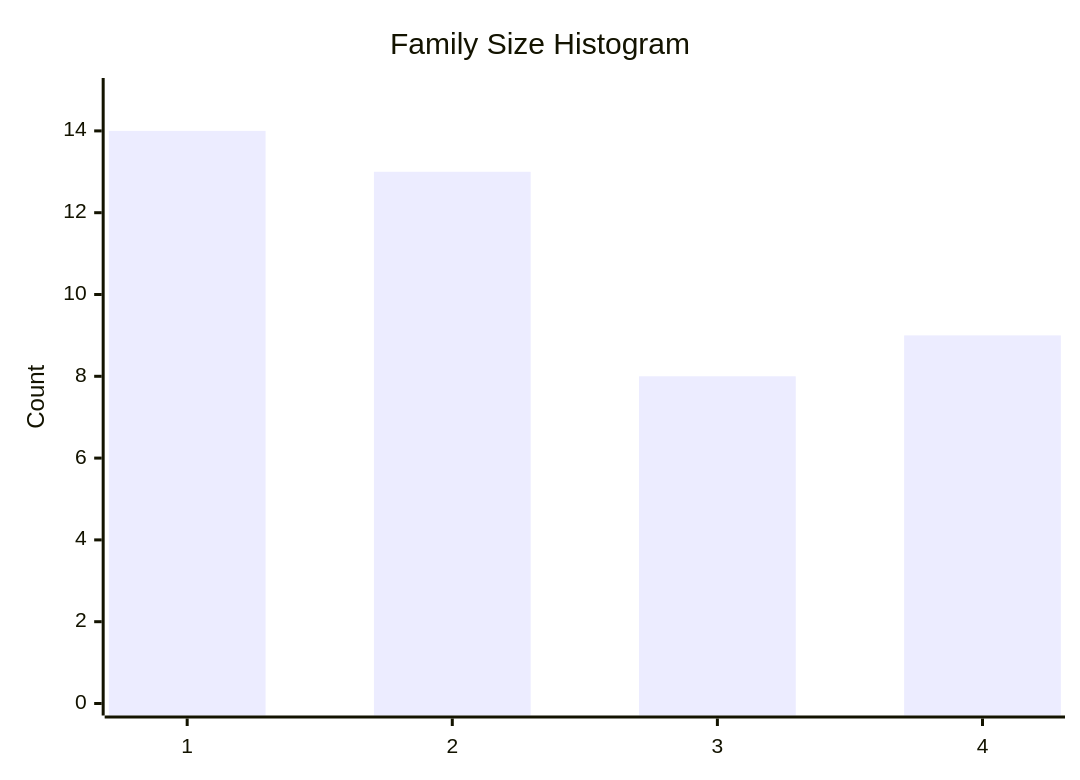
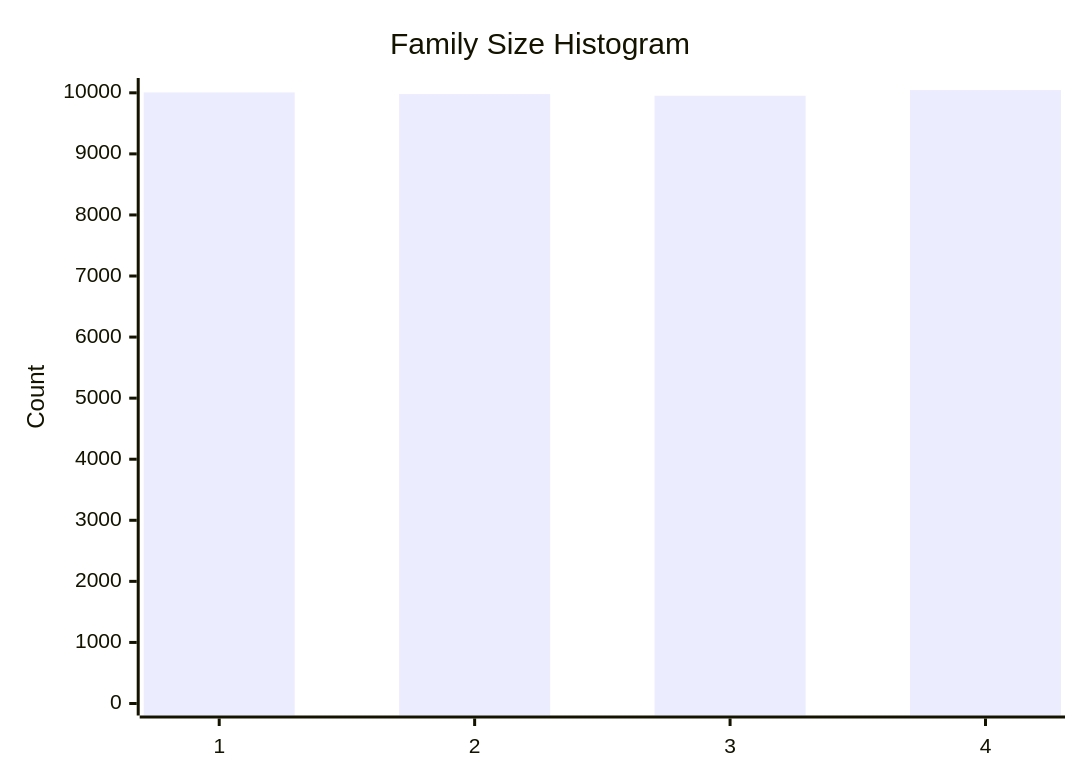
The fifth of 10 diagrams in test-tools/DataGen/src/Statistics_Visualizer.md (dhagan-va/intern-2025), drawn with Mermaid before and after one commit. The commit also changed other lines of this file and 2 other files, not shown here.

````diff
--- a/test-tools/DataGen/src/Statistics_Visualizer.md
+++ b/test-tools/DataGen/src/Statistics_Visualizer.md
@@ -58,7 +58,7 @@
 ```mermaid
 xychart-beta
     title "Family Size Histogram"
     x-axis ["1", "2", "3", "4"]
-    y-axis "Count" 0 --> 15
-    bar [14, 13, 8, 9]
+    y-axis "Count" 0 --> 10046
+    bar [10006, 9979, 9952, 10045]
 ```
````
